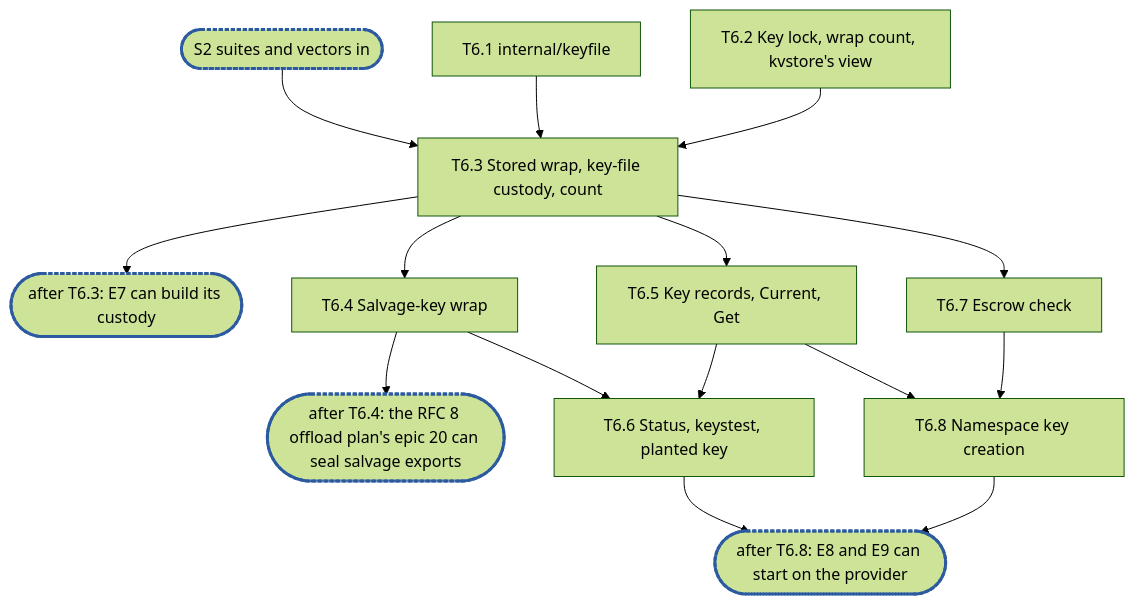
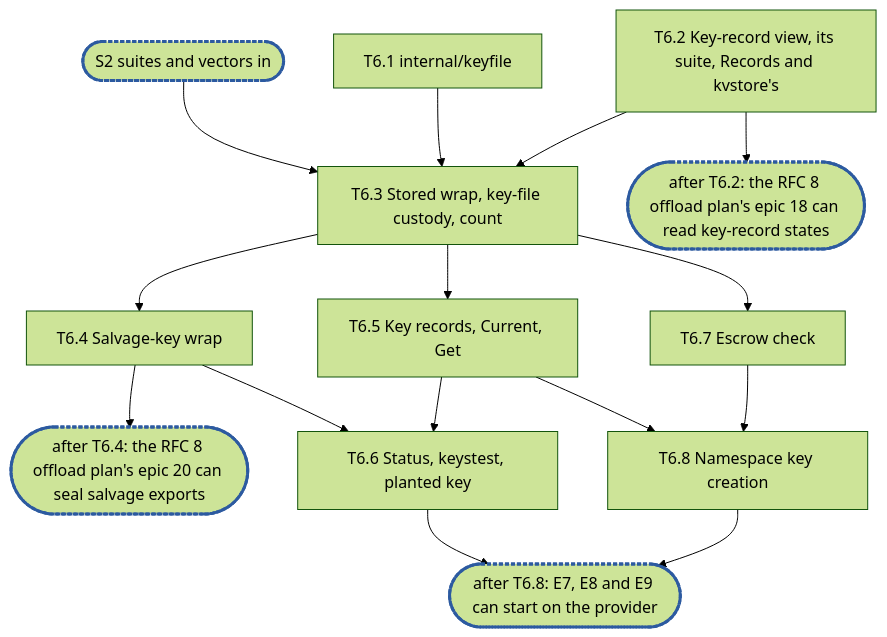
One commit to cubbit/dittofs changed the diagram in .planning/rfc-5-transforms-epic6.md. Above: the diagram before and after it, drawn with Mermaid (forest theme). The commit also changed other lines of this file, not shown here.

Commit message:
docs(planning): RFC 5 epic 6 folds the architect and three review passes

````diff
--- a/.planning/rfc-5-transforms-epic6.md
+++ b/.planning/rfc-5-transforms-epic6.md
@@ -773,15 +821,15 @@
 ```mermaid
 flowchart TD
   S2(["S2 suites and vectors in"]):::sync --> T6_3
   T6_1["T6.1 internal/keyfile"] --> T6_3["T6.3 Stored wrap, key-file custody, count"]
-  T6_2["T6.2 Key lock, wrap count, kvstore's view"] --> T6_3
-  T6_3 --> C1(["after T6.3: E7 can build its custody"]):::sync
+  T6_2["T6.2 Key-record view, its suite, Records and kvstore's"] --> T6_3
+  T6_2 --> C0(["after T6.2: the RFC 8 offload plan's epic 18 can read key-record states"]):::sync
   T6_3 --> T6_4["T6.4 Salvage-key wrap"]
   T6_4 --> C2(["after T6.4: the RFC 8 offload plan's epic 20 can seal salvage exports"]):::sync
   T6_3 --> T6_5["T6.5 Key records, Current, Get"]
   T6_4 & T6_5 --> T6_6["T6.6 Status, keystest, planted key"]
   T6_3 --> T6_7["T6.7 Escrow check"]
   T6_5 & T6_7 --> T6_8["T6.8 Namespace key creation"]
-  T6_6 & T6_8 --> C3(["after T6.8: E8 and E9 can start on the provider"]):::sync
+  T6_6 & T6_8 --> C3(["after T6.8: E7, E8 and E9 can start on the provider"]):::sync
   classDef sync stroke:#2c5aa0,stroke-width:3px,stroke-dasharray:4 2
 ```
````
